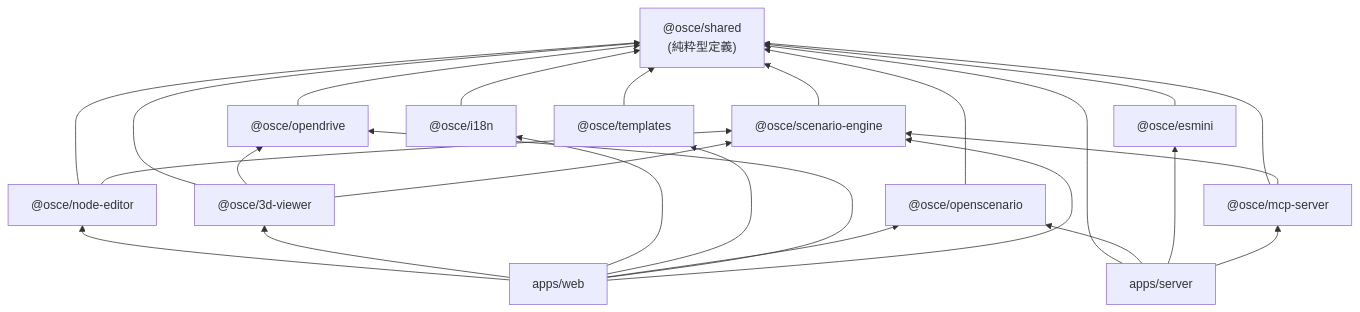
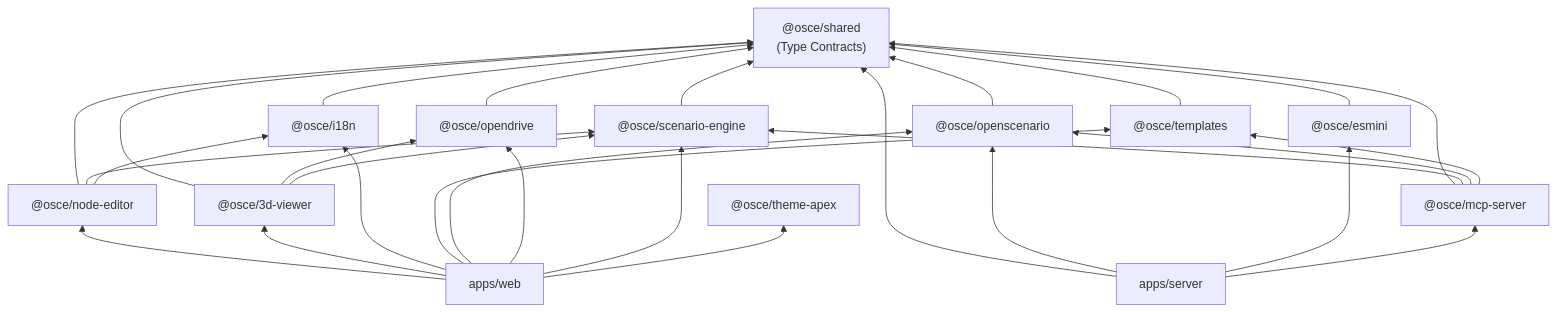
The seventh of 7 diagrams in docs/ARCHITECTURE.md (GT-karny/GT-OpenSCENARIOEditor), drawn with Mermaid before and after one commit. The commit also changed other lines of this file and 7 other files, not shown here.

````diff
--- a/docs/ARCHITECTURE.md
+++ b/docs/ARCHITECTURE.md
@@ -493,32 +420,37 @@
 ```mermaid
 graph BT
-  shared["@osce/shared\n(純粋型定義)"]
+  shared["@osce/shared\n(Type Contracts)"]
 
   openscenario["@osce/openscenario"] --> shared
   opendrive["@osce/opendrive"] --> shared
   engine["@osce/scenario-engine"] --> shared
   i18n["@osce/i18n"] --> shared
   templates["@osce/templates"] --> shared
   esmini["@osce/esmini"] --> shared
+  themeapex["@osce/theme-apex"]
 
   nodeeditor["@osce/node-editor"] --> shared
   nodeeditor --> engine
+  nodeeditor --> i18n
   viewer["@osce/3d-viewer"] --> shared
   viewer --> opendrive
   viewer --> engine
   mcp["@osce/mcp-server"] --> shared
   mcp --> engine
+  mcp --> openscenario
+  mcp --> templates
 
   web["apps/web"] --> nodeeditor
   web --> viewer
   web --> i18n
   web --> templates
   web --> openscenario
   web --> opendrive
   web --> engine
+  web --> themeapex
 
   server["apps/server"] --> shared
   server --> openscenario
   server --> esmini
   server --> mcp
 ```
````
